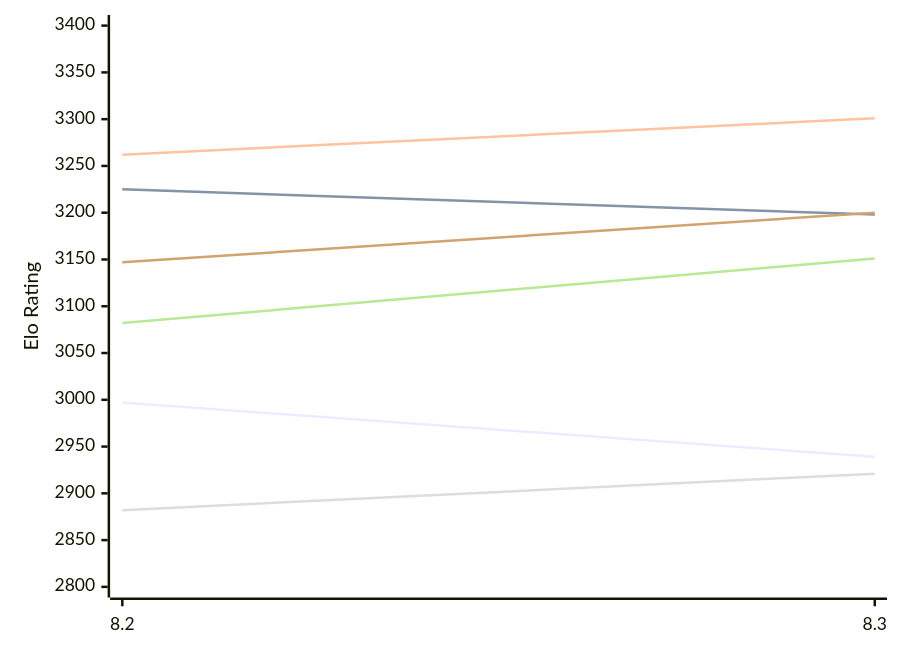
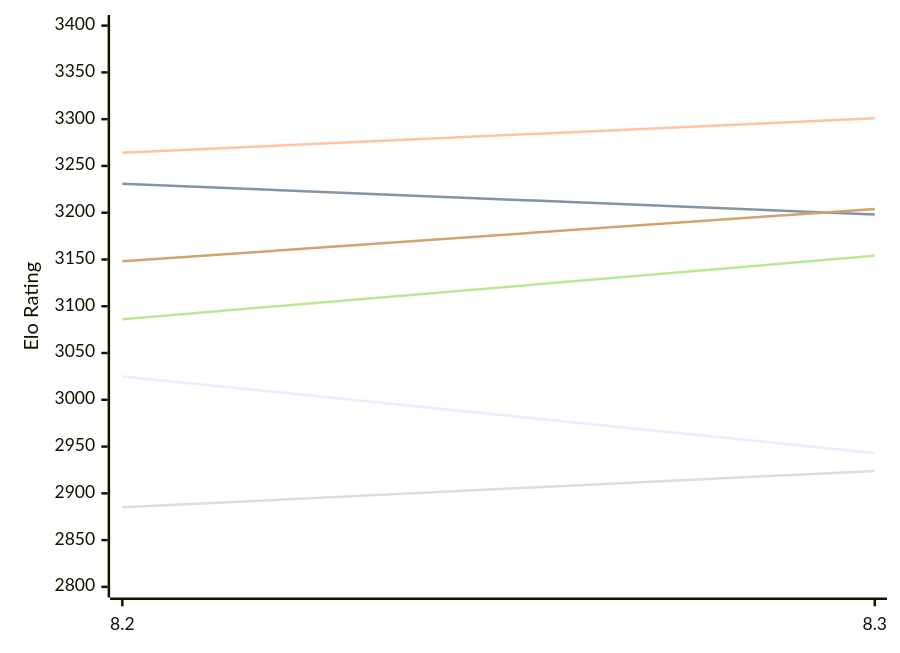
One commit to computer-chess-index/cci changed the first of 2 diagrams in engines/Alexander.md. Above: the diagram before and after it, drawn with Mermaid. The commit also changed other lines of this file, not shown here.

Commit message:
Update CCI Ratings (ELO VLTC) - 2026-11-24

````diff
--- a/engines/Alexander.md
+++ b/engines/Alexander.md
@@ -52,12 +52,12 @@
 ```mermaid
 %%{init: {"theme":"base","themeVariables":{"seriesColors:['#a3a3a3','#222221','#faa371']}}}%%
 xychart-beta
   x-axis ["8.2", "8.3"]
   y-axis "Elo Rating" 2800 --> 3400
-  line "E1: STC (8.0+0.08s)" [2997, 2939]
-  line "E1: LTC (60.0+0.60s)" [3225, 3198]
-  line "E1: VLTC (2m24s+1.12s)" [3262, 3301]
-  line "P1: STC (8.0+0.08s)" [2882, 2921]
-  line "P1: LTC (60.0+0.60s)" [3082, 3151]
-  line "P1: VLTC (2m24s+1.12s)" [3147, 3200]
+  line "E1: STC (8.0+0.08s)" [3025, 2943]
+  line "E1: LTC (60.0+0.60s)" [3231, 3198]
+  line "E1: VLTC (2m24s+1.12s)" [3264, 3301]
+  line "P1: STC (8.0+0.08s)" [2885, 2924]
+  line "P1: LTC (60.0+0.60s)" [3086, 3154]
+  line "P1: VLTC (2m24s+1.12s)" [3148, 3204]
 ```
````
